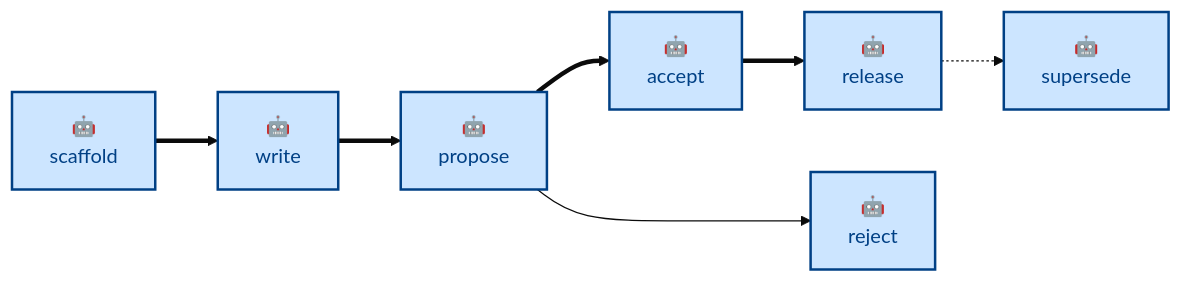
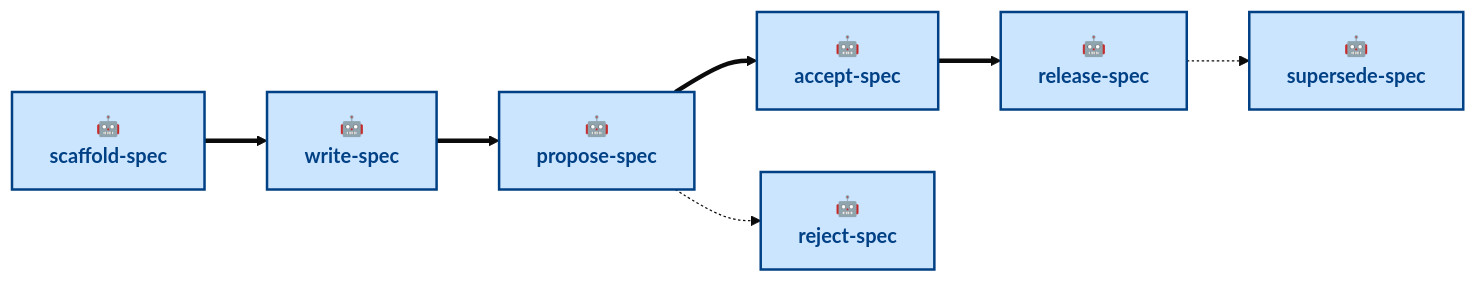
One commit to kieranpotts/specs changed the diagram in .agents/skills/README.md. Above: the diagram before and after it, drawn with Mermaid (base theme). The commit also changed other lines of this file, not shown here.

````diff
--- a/.agents/skills/README.md
+++ b/.agents/skills/README.md
@@ -30,21 +41,21 @@
 ```mermaid
 flowchart LR
-  scaffold["🤖<br/>scaffold"]:::agentic
-  write["🤖<br/>write"]:::agentic
-  propose["🤖<br/>propose"]:::agentic
-  accept["🤖<br/>accept"]:::agentic
-  release["🤖<br/>release"]:::agentic
-  supersede["🤖<br/>supersede"]:::agentic
-  reject["🤖<br/>reject"]:::agentic
+  scaffold["🤖<br/><b>scaffold-spec</b>"]:::agentic
+  write["🤖<br/><b>write-spec</b>"]:::agentic
+  propose["🤖<br/><b>propose-spec</b>"]:::agentic
+  accept["🤖<br/><b>accept-spec</b>"]:::agentic
+  release["🤖<br/><b>release-spec</b>"]:::agentic
+  supersede["🤖<br/><b>supersede-spec</b>"]:::agentic
+  reject["🤖<br/><b>reject-spec</b>"]:::agentic
 
   scaffold ==> write
   write ==> propose
   propose ==> accept
   accept ==> release
   release -.-> supersede
-  propose ---> reject
+  propose -.-> reject
 
   classDef agentic fill:#cce5ff,stroke:#004085,color:#004085,stroke-width:2px
   classDef scripted fill:#e2e3e5,stroke:#4b5157,color:#383d41,stroke-width:2px
   classDef anthropic fill:#fff3cd,stroke:#856404,color:#856404,stroke-width:2px,stroke-dasharray:2 3
 ```
````
